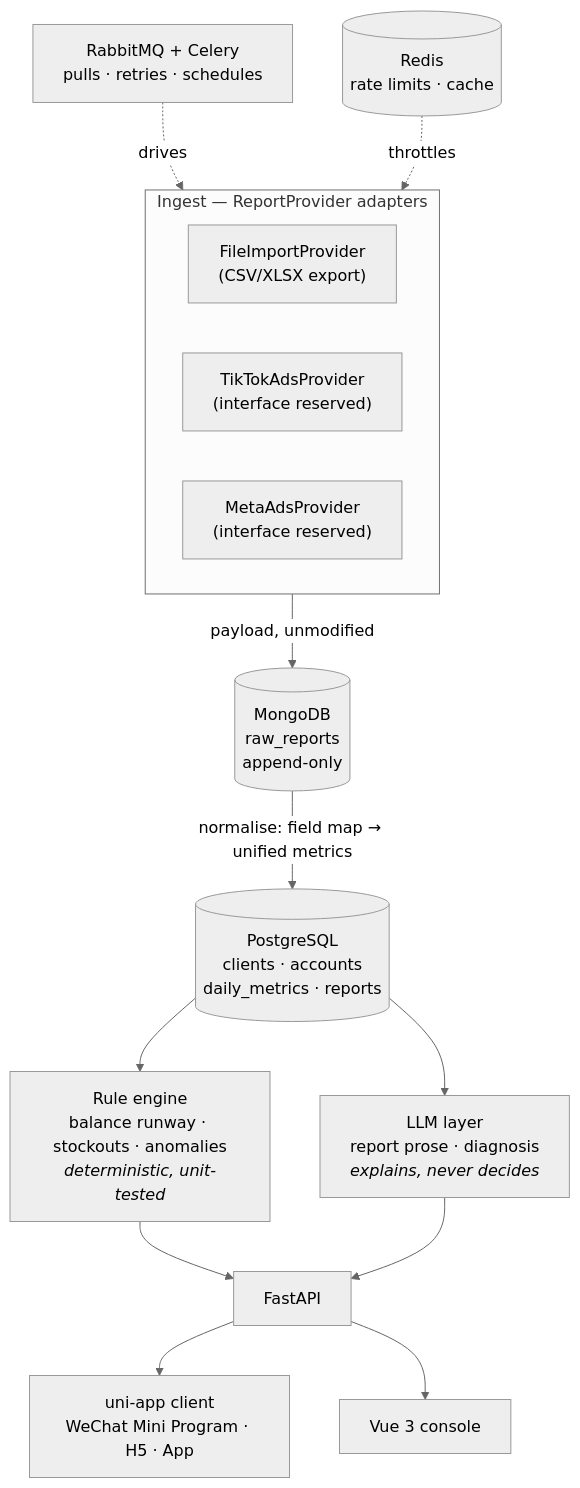
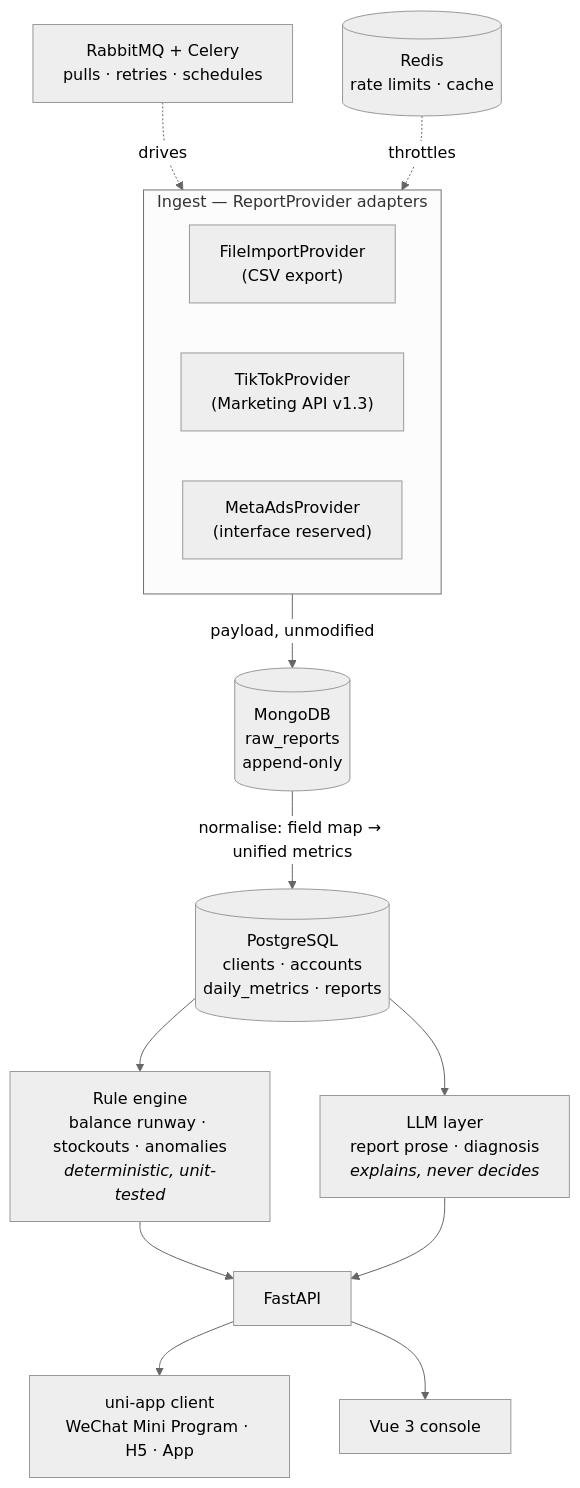
Before and after one commit to maihb/adpilot: the diagram in README.en.md, drawn with Mermaid (neutral theme). The commit also changed other lines of this file and 55 other files, not shown here.

````diff
--- a/README.en.md
+++ b/README.en.md
@@ -45,22 +48,22 @@
 ```mermaid
 flowchart TB
     subgraph ingest["Ingest — ReportProvider adapters"]
-        F["FileImportProvider<br/>(CSV/XLSX export)"]
-        T["TikTokAdsProvider<br/>(interface reserved)"]
+        F["FileImportProvider<br/>(CSV export)"]
+        T["TikTokProvider<br/>(Marketing API v1.3)"]
         M["MetaAdsProvider<br/>(interface reserved)"]
     end
 
     ingest -->|payload, unmodified| MG[("MongoDB<br/>raw_reports<br/>append-only")]
     MG -->|normalise: field map → unified metrics| PG[("PostgreSQL<br/>clients · accounts<br/>daily_metrics · reports")]
 
     Q["RabbitMQ + Celery<br/>pulls · retries · schedules"] -.drives.-> ingest
     RD[("Redis<br/>rate limits · cache")] -.throttles.-> ingest
 
     PG --> RULES["Rule engine<br/>balance runway · stockouts · anomalies<br/><i>deterministic, unit-tested</i>"]
     PG --> LLM["LLM layer<br/>report prose · diagnosis<br/><i>explains, never decides</i>"]
 
     RULES --> API["FastAPI"]
     LLM --> API
     API --> CLIENT["uni-app client<br/>WeChat Mini Program · H5 · App"]
     API --> ADMIN["Vue 3 console"]
 ```
````
